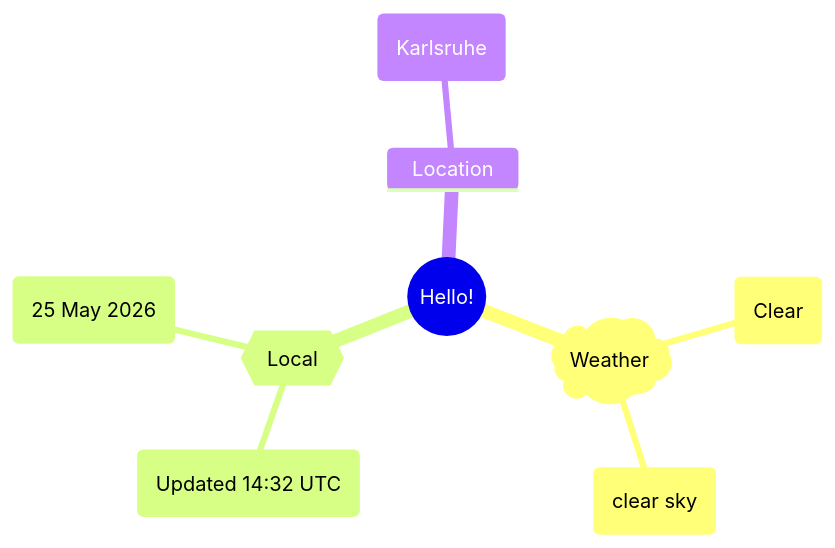
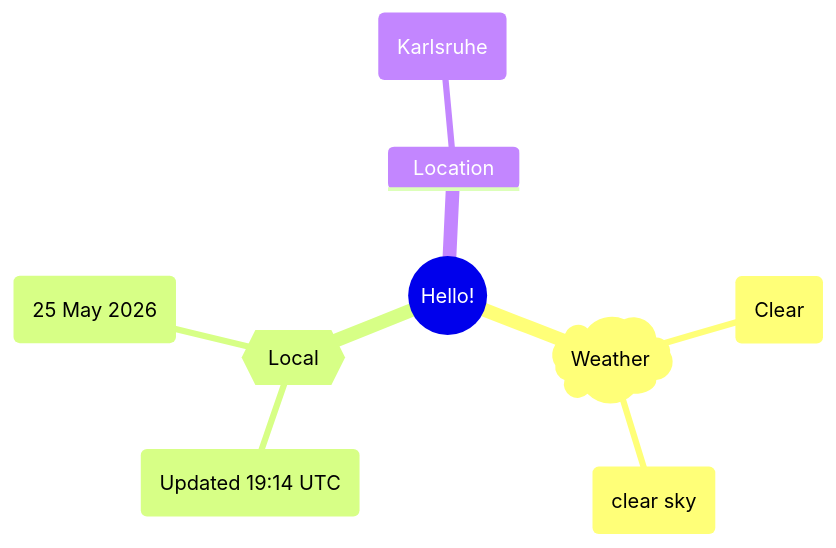
Before and after one commit to Xosrov/Xosrov: the first of 2 diagrams in README.md, drawn with Mermaid.

Commit message:
[bot] updated images

````diff
--- a/README.md
+++ b/README.md
@@ -3,12 +3,12 @@
 ```mermaid
 mindmap
   root((Hello!))
     )Weather(
         (Clear)
         (clear sky)
     {{Local}}
-        (Updated 14:32 UTC)
+        (Updated 19:14 UTC)
         (25 May 2026)
     Location
         (Karlsruhe)
 ```
````
